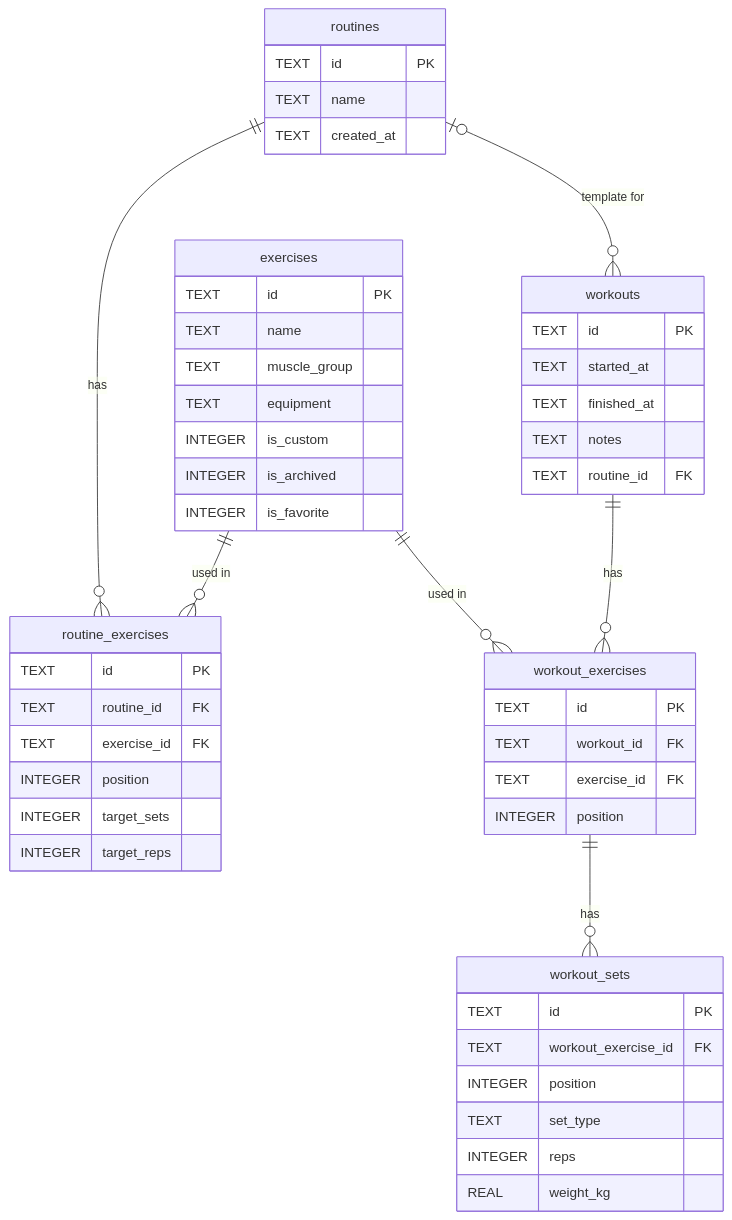
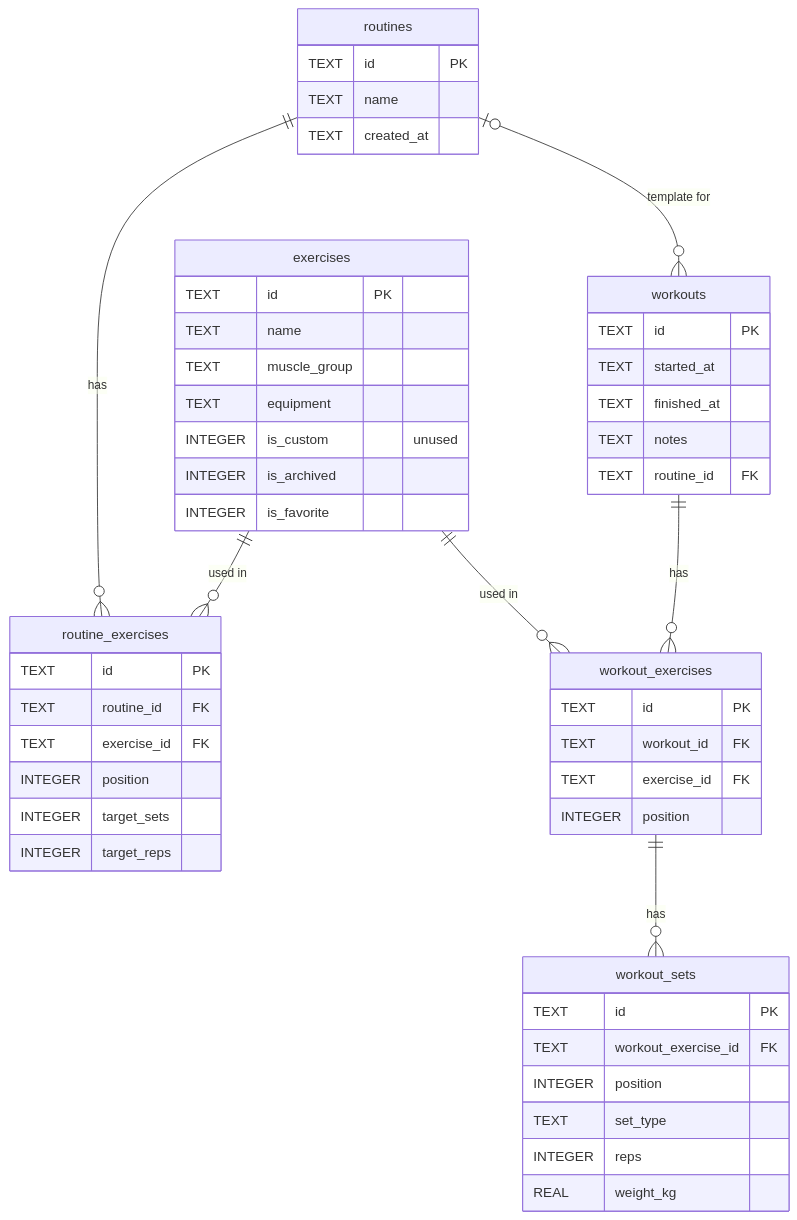
Before and after one commit to ABorges2003/GymLog: the first of 2 diagrams in README.md, drawn with Mermaid. The commit also changed other lines of this file and 21 other files, not shown here.

````diff
--- a/README.md
+++ b/README.md
@@ -99,53 +98,53 @@
 ```mermaid
 erDiagram
     routines ||--o{ routine_exercises : "has"
     routines |o--o{ workouts : "template for"
     exercises ||--o{ routine_exercises : "used in"
     exercises ||--o{ workout_exercises : "used in"
     workouts ||--o{ workout_exercises : "has"
     workout_exercises ||--o{ workout_sets : "has"
 
     routines {
         TEXT id PK
         TEXT name
         TEXT created_at
     }
     routine_exercises {
         TEXT id PK
         TEXT routine_id FK
         TEXT exercise_id FK
         INTEGER position
         INTEGER target_sets
         INTEGER target_reps
     }
     exercises {
         TEXT id PK
         TEXT name
         TEXT muscle_group
         TEXT equipment
-        INTEGER is_custom
+        INTEGER is_custom "unused"
         INTEGER is_archived
         INTEGER is_favorite
     }
     workouts {
         TEXT id PK
         TEXT started_at
         TEXT finished_at
         TEXT notes
         TEXT routine_id FK
     }
     workout_exercises {
         TEXT id PK
         TEXT workout_id FK
         TEXT exercise_id FK
         INTEGER position
     }
     workout_sets {
         TEXT id PK
         TEXT workout_exercise_id FK
         INTEGER position
         TEXT set_type
         INTEGER reps
         REAL weight_kg
     }
 ```
````
